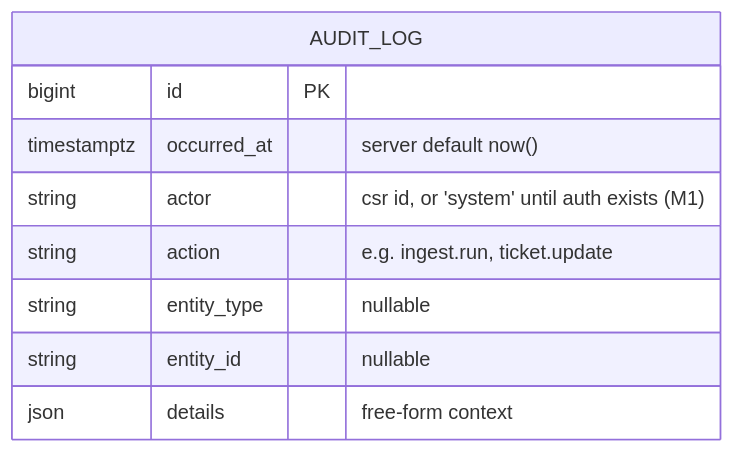
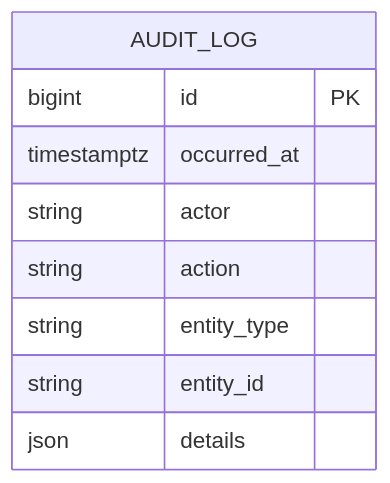
One commit to Ziadashraf301/TeleCopilot-AI changed the fourth of 5 diagrams in docs/design/M0-foundation.md. Above: the diagram before and after it, drawn with Mermaid. The commit also changed other lines of this file and 2 other files, not shown here.

Commit message:
S01-09: Readable M0 diagrams, design-pack diagram rules, S02-05 housekeeping ticket, Arabic learning guide

````diff
--- a/docs/design/M0-foundation.md
+++ b/docs/design/M0-foundation.md
@@ -198,12 +195,13 @@
 ```mermaid
+%%{init: {"themeVariables": {"fontSize": "18px"}}}%%
 erDiagram
   AUDIT_LOG {
     bigint id PK
-    timestamptz occurred_at "server default now()"
-    string actor "csr id, or 'system' until auth exists (M1)"
-    string action "e.g. ingest.run, ticket.update"
-    string entity_type "nullable"
-    string entity_id "nullable"
-    json details "free-form context"
+    timestamptz occurred_at
+    string actor
+    string action
+    string entity_type
+    string entity_id
+    json details
   }
 ```
````
